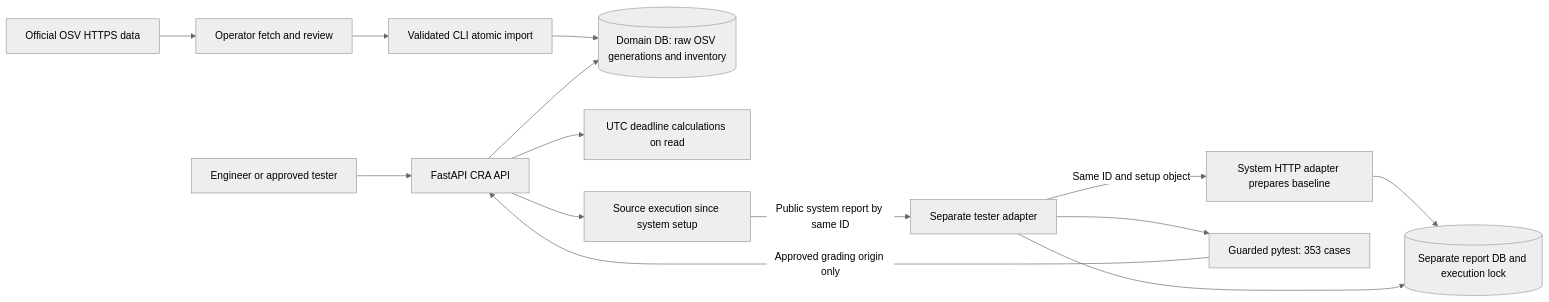
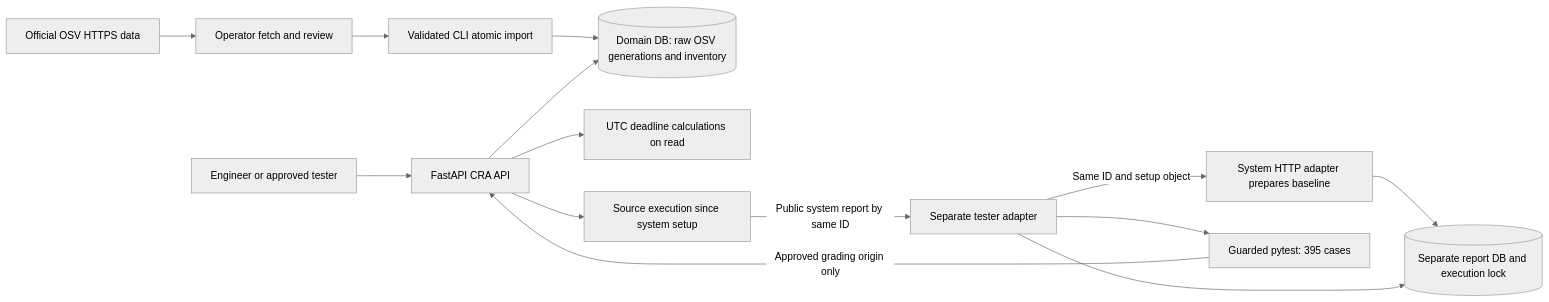
One commit to Awesomegardener/ECE30861_Phase_3 changed the first of 10 diagrams in docs/models.md. Above: the diagram before and after it, drawn with Mermaid (neutral theme). The commit also changed other lines of this file and 27 other files, not shown here.

````diff
--- a/docs/models.md
+++ b/docs/models.md
@@ -13,17 +13,17 @@
 ```mermaid
 flowchart LR
  U[Engineer or approved tester] --> A[FastAPI CRA API]
  O[Official OSV HTTPS data] --> F[Operator fetch and review]
  F --> I[Validated CLI atomic import]
  I --> D[(Domain DB: raw OSV generations and inventory)]
  A --> D
  A --> C[UTC deadline calculations on read]
  T -->|Same ID and setup object| H[System HTTP adapter prepares baseline]
  T[Separate tester adapter] --> P
- P[Guarded pytest: 353 cases]
+ P[Guarded pytest: 395 cases]
  P -->|Approved grading origin only| A
  A --> W[Source execution since system setup]
  W -->|Public system report by same ID| T
  H --> R[(Separate report DB and execution lock)]
  T --> R
 ```
````
